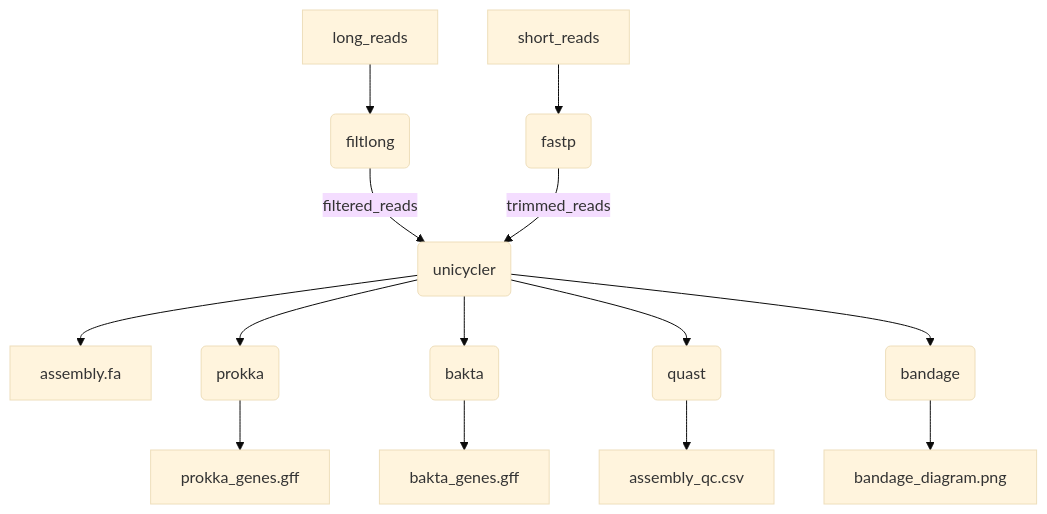
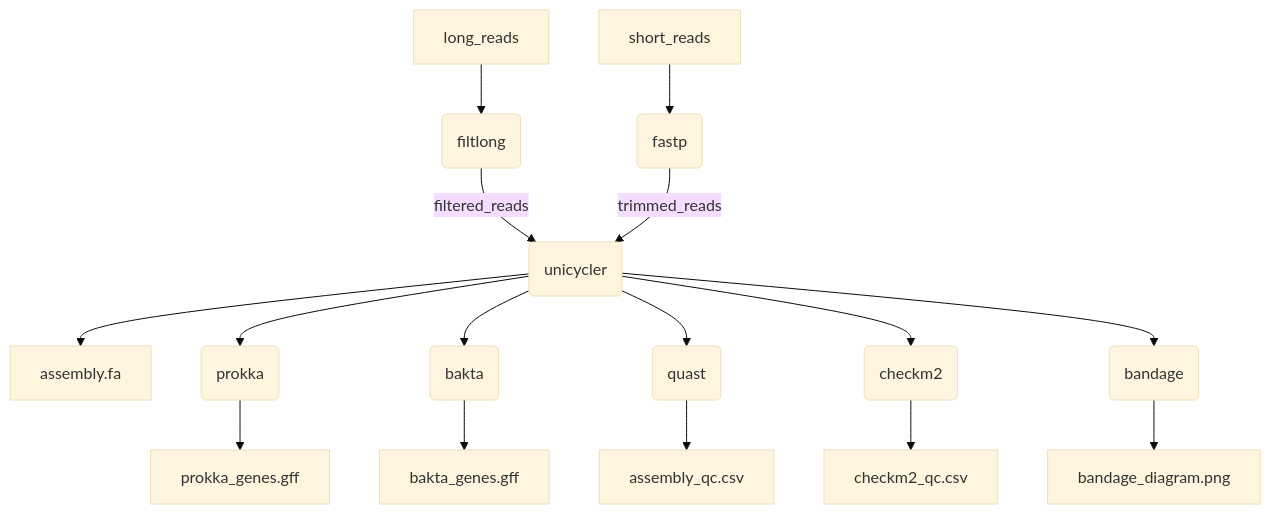
One commit to BCCDC-PHL/routine-assembly changed the diagram in README.md. Above: the diagram before and after it, drawn with Mermaid (base theme). The commit also changed other lines of this file and 5 other files, not shown here.

````diff
--- a/README.md
+++ b/README.md
@@ -14,16 +14,18 @@
 ```mermaid
 flowchart TD
   short_reads --> fastp(fastp)
   long_reads --> filtlong(filtlong)
   filtlong -- filtered_reads --> unicycler(unicycler)
   fastp -- trimmed_reads --> unicycler
   unicycler --> assembly["assembly.fa"]
   unicycler --> prokka(prokka)
   prokka --> prokka_genes["prokka_genes.gff"]
   unicycler --> bakta(bakta)
   bakta --> bakta_genes["bakta_genes.gff"]
   unicycler --> quast(quast)
+  unicycler --> checkm2(checkm2)
+  checkm2 --> checkm2_qc["checkm2_qc.csv"]
   unicycler --> bandage(bandage)
   bandage --> bandage_diagram["bandage_diagram.png"]
   quast --> assembly_qc["assembly_qc.csv"]
 ```
````
